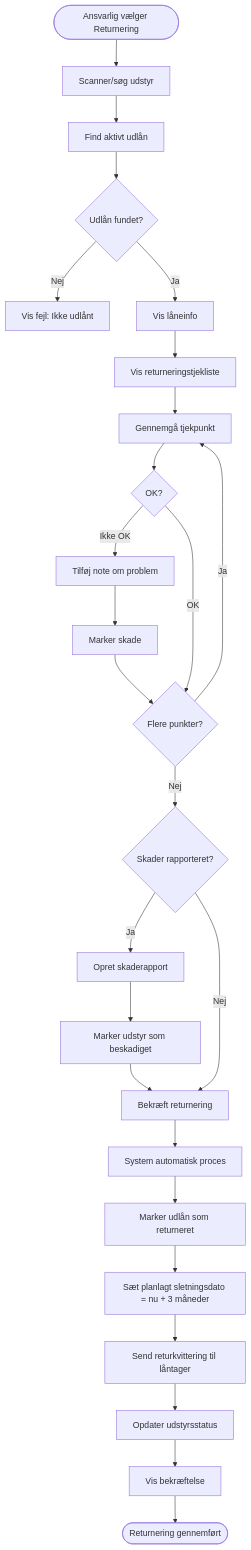
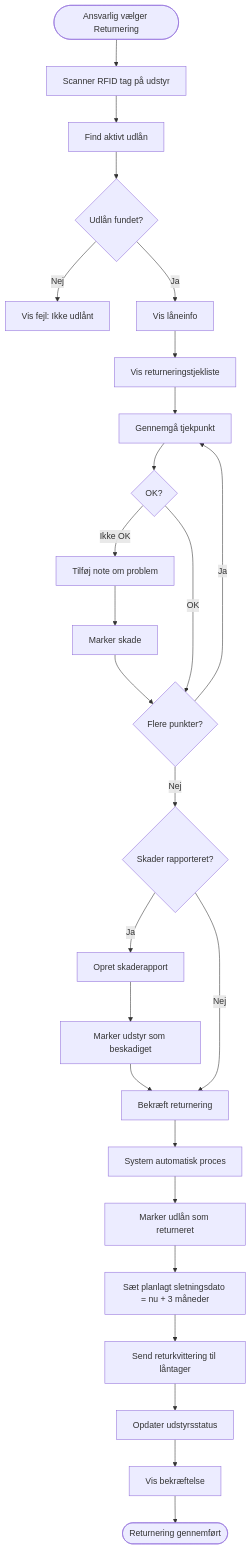
Before and after one commit to OrangeMakers/Udlaan: the fourth of 7 diagrams in FLOWS.md, drawn with Mermaid. The commit also changed other lines of this file and 5 other files, not shown here.

First line of the commit message:
feat(spec): add RFID equipment tagging and improve non-member loan flow

````diff
--- a/FLOWS.md
+++ b/FLOWS.md
@@ -137,28 +147,28 @@
 ```mermaid
 flowchart TD
-    Start([Ansvarlig vælger Returnering]) --> ScanEquip[Scanner/søg udstyr]
+    Start([Ansvarlig vælger Returnering]) --> ScanEquip[Scanner RFID tag på udstyr]
     ScanEquip --> FindLoan[Find aktivt udlån]
     FindLoan --> LoanFound{Udlån fundet?}
     LoanFound -->|Nej| Error[Vis fejl: Ikke udlånt]
     LoanFound -->|Ja| ShowInfo[Vis låneinfo]
     ShowInfo --> Checklist[Vis returneringstjekliste]
     Checklist --> CheckPoint[Gennemgå tjekpunkt]
     CheckPoint --> PointOK{OK?}
     PointOK -->|Ikke OK| AddNote[Tilføj note om problem]
     AddNote --> Damage[Marker skade]
     Damage --> MorePoints{Flere punkter?}
     PointOK -->|OK| MorePoints
     MorePoints -->|Ja| CheckPoint
     MorePoints -->|Nej| DamageCheck{Skader rapporteret?}
     DamageCheck -->|Ja| CreateReport[Opret skaderapport]
     CreateReport --> MarkDamaged[Marker udstyr som beskadiget]
     MarkDamaged --> ConfirmReturn[Bekræft returnering]
     DamageCheck -->|Nej| ConfirmReturn
     ConfirmReturn --> AutoProcess[System automatisk proces]
     AutoProcess --> SetReturned[Marker udlån som returneret]
     SetReturned --> SetScheduledDeletion[Sæt planlagt sletningsdato = nu + 3 måneder]
     SetScheduledDeletion --> SendReceipt[Send returkvittering til låntager]
     SendReceipt --> UpdateEquip[Opdater udstyrsstatus]
     UpdateEquip --> ShowConfirm[Vis bekræftelse]
     ShowConfirm --> End([Returnering gennemført])
 ```
````
